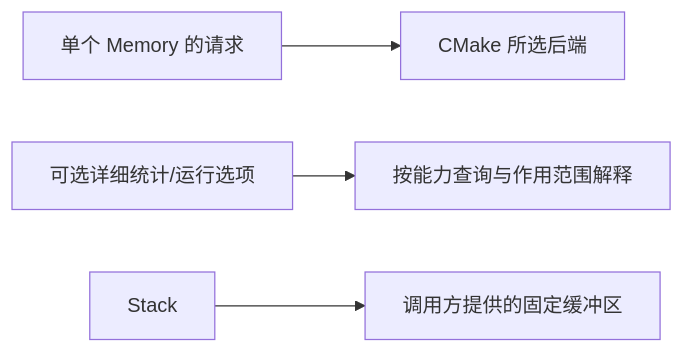
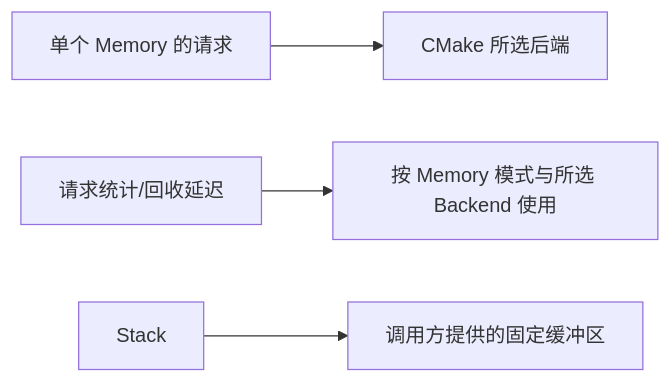
One commit to dugan-dev/UniMemory changed the diagram in docs/allocator-capabilities.zh-CN.md. Above: the diagram before and after it, drawn with Mermaid. The commit also changed other lines of this file and 137 other files, not shown here.

````diff
--- a/docs/allocator-capabilities.zh-CN.md
+++ b/docs/allocator-capabilities.zh-CN.md
@@ -23,6 +23,6 @@
 ```mermaid
 flowchart LR
     A[单个 Memory 的请求] --> B[CMake 所选后端]
-    C[可选详细统计/运行选项] --> D[按能力查询与作用范围解释]
+    C[请求统计/回收延迟] --> D[按 Memory 模式与所选 Backend 使用]
     E[Stack] --> F[调用方提供的固定缓冲区]
 ```
````
